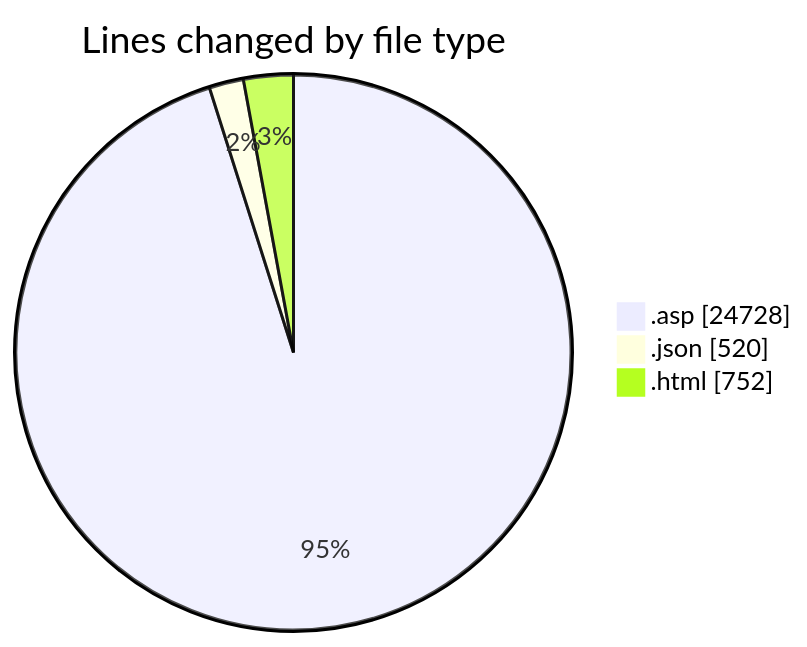
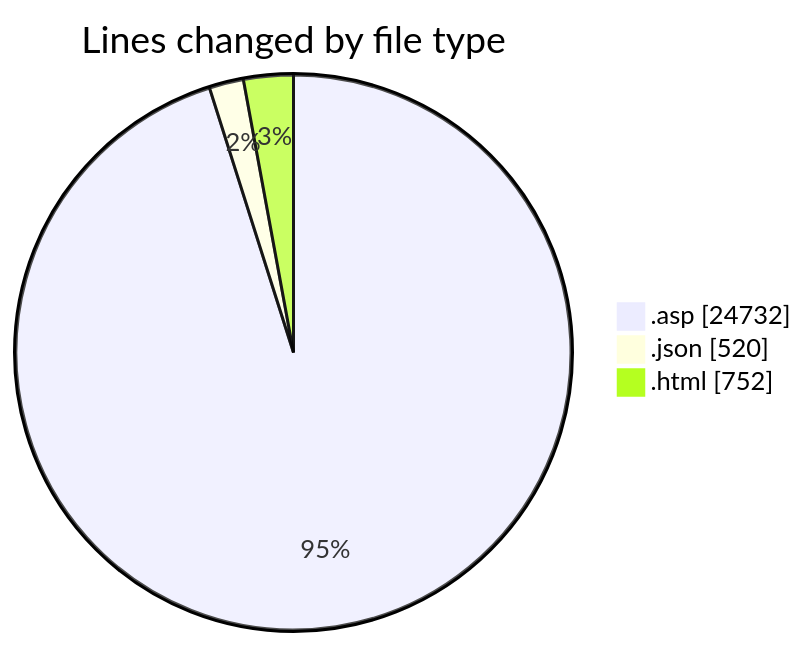
The first of 2 diagrams in 2025-11-01/cdp_aleoudev_fr__workspace_/README.md (julien-gomy/code-tracking), drawn with Mermaid before and after one commit. The commit also changed other lines of this file and 1 other file, not shown here.

````diff
--- a/2025-11-01/cdp_aleoudev_fr__workspace_/README.md
+++ b/2025-11-01/cdp_aleoudev_fr__workspace_/README.md
@@ -33,7 +33,7 @@
 ```mermaid
 pie showData
 title Lines changed by file type
-".asp" : 24728
+".asp" : 24732
 ".json" : 520
 ".html" : 752
 ```
````
